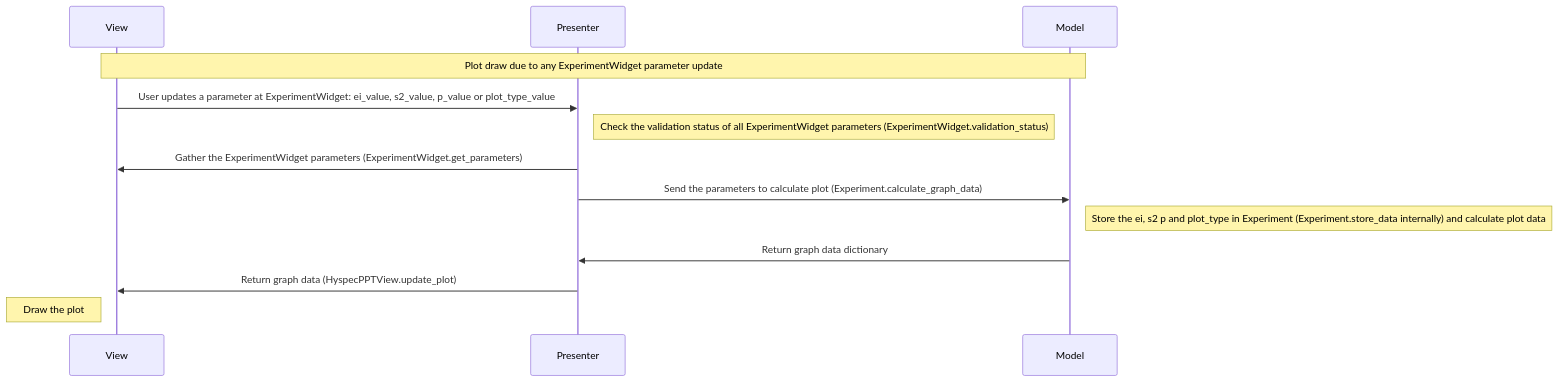
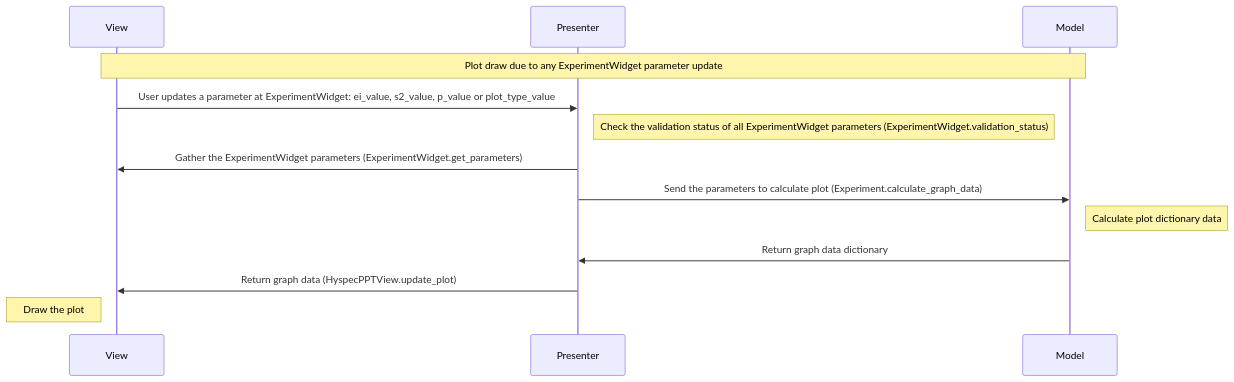
Before and after one commit to neutrons/hyspecppt: diagram 12 of 15 in docs/source/design/hyspecpptclasses.rst, drawn with Mermaid. The commit also changed other lines of this file, not shown here.

```diff
--- a/docs/source/design/hyspecpptclasses.rst
+++ b/docs/source/design/hyspecpptclasses.rst
@@ -220,16 +363,16 @@
         .. mermaid::
 
             sequenceDiagram
                 participant View
                 participant Presenter
                 participant Model
 
                 Note over View,Model: Plot draw due to any ExperimentWidget parameter update
                 View->>Presenter: User updates a parameter at ExperimentWidget: ei_value, s2_value, p_value or plot_type_value
                 Note right of Presenter: Check the validation status of all ExperimentWidget parameters (ExperimentWidget.validation_status)
                 Presenter->>View: Gather the ExperimentWidget parameters (ExperimentWidget.get_parameters)
                 Presenter->>Model: Send the parameters to calculate plot (Experiment.calculate_graph_data)
-                Note right of Model: Store the ei, s2 p and plot_type in Experiment (Experiment.store_data internally) and calculate plot data
+                Note right of Model: Calculate plot dictionary data
                 Model->>Presenter: Return graph data dictionary
                 Presenter->>View: Return graph data (HyspecPPTView.update_plot)
                 Note left of View: Draw the plot
```
